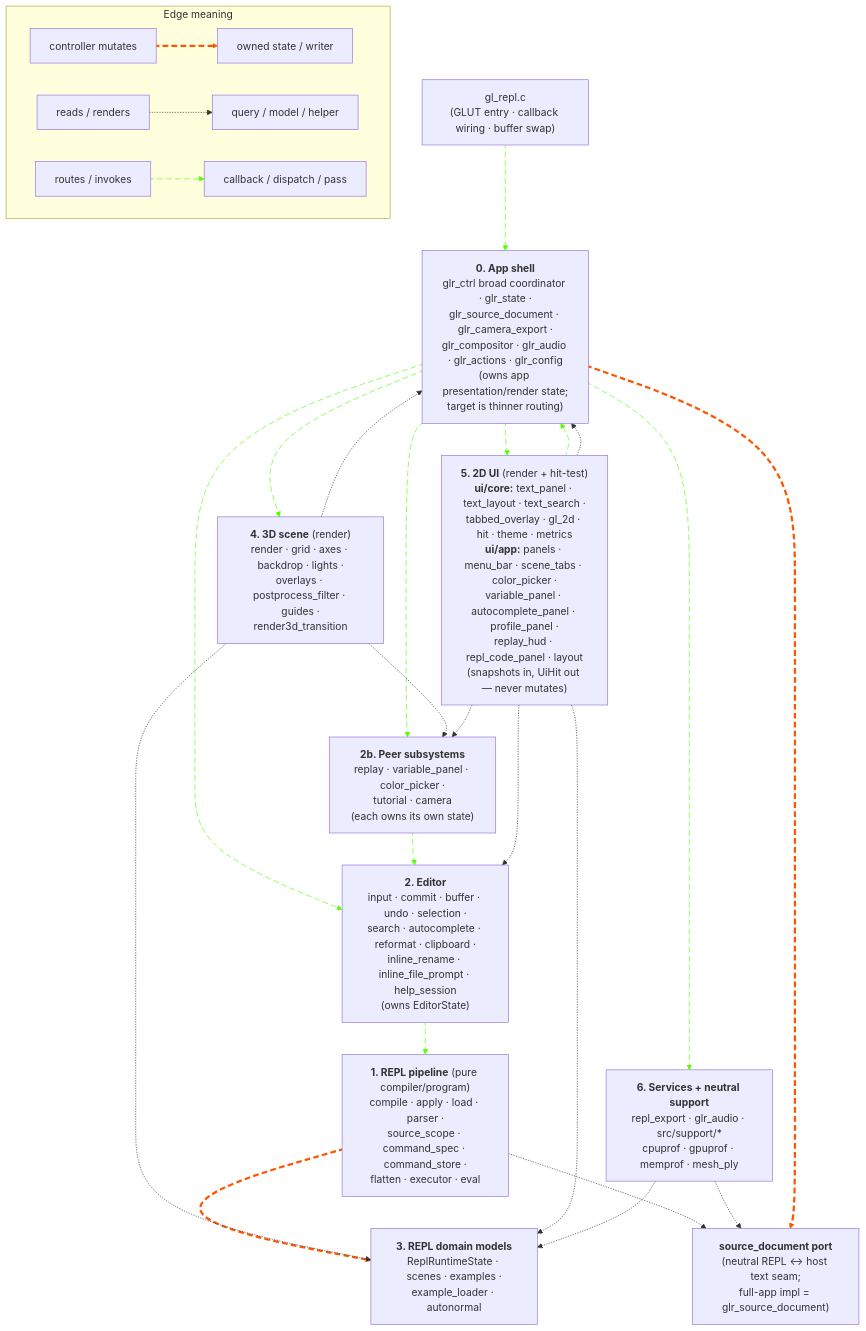
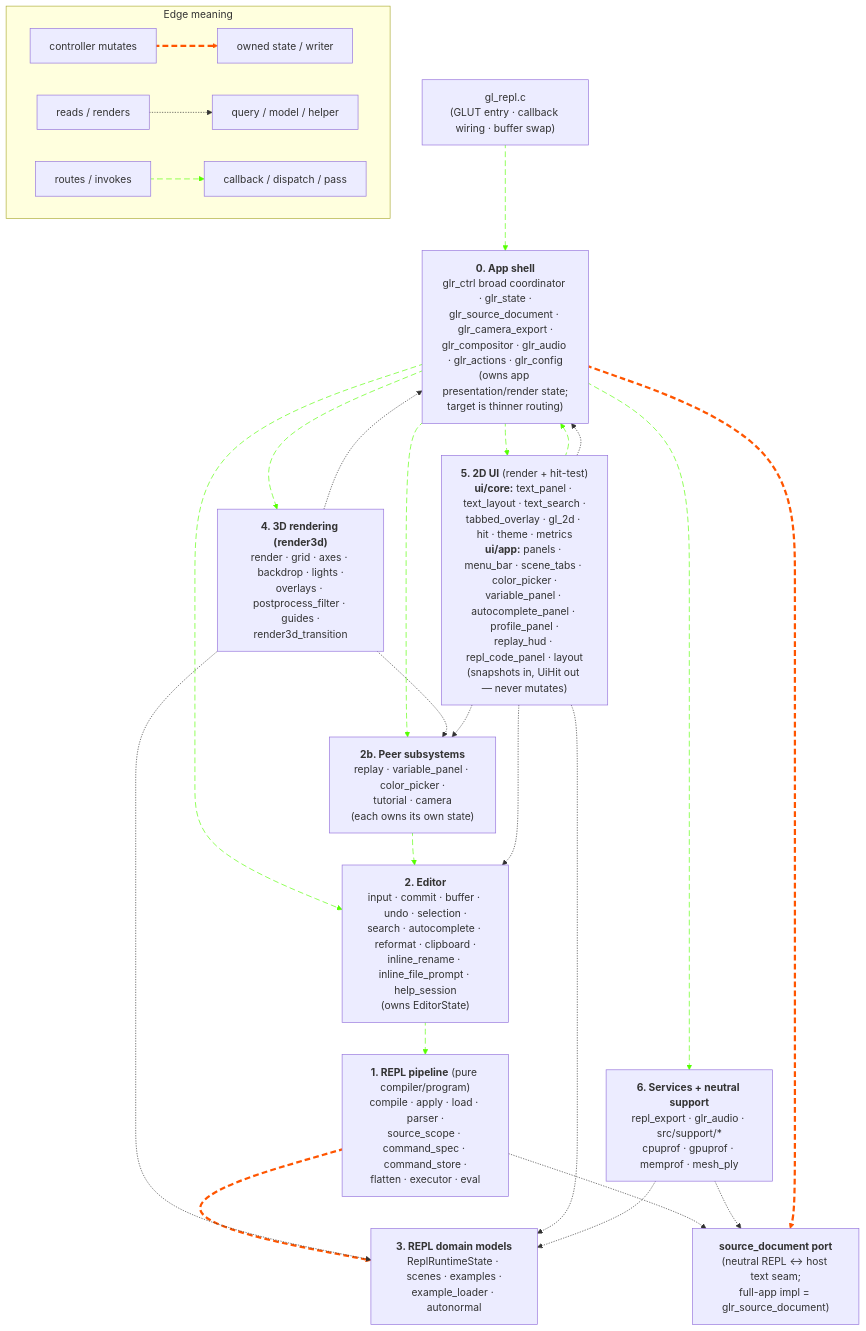
Before and after one commit to drewwoods/gl-repl: the first of 2 diagrams in docs/MODULES.md, drawn with Mermaid. The commit also changed other lines of this file and 8 other files, not shown here.

Commit message:
docs: Clean up stale scene references in architecture, modules, and profile docs

````diff
--- a/docs/MODULES.md
+++ b/docs/MODULES.md
@@ -626,79 +626,79 @@
 ```mermaid
 flowchart TB
     subgraph legend["Edge meaning"]
         lmut_a["controller mutates"] e1@==> lmut_b["owned state / writer"]
         lread_a["reads / renders"] -.-> lread_b["query / model / helper"]
         lflow_a["routes / invokes"] i1@--> lflow_b["callback / dispatch / pass"]
     end
 
     gl_repl["gl_repl.c<br/>(GLUT entry · callback wiring · buffer swap)"]
 
     app["<b>0. App shell</b><br/>glr_ctrl broad coordinator · glr_state ·<br/>glr_source_document · glr_camera_export ·<br/>glr_compositor · glr_audio · glr_actions · glr_config<br/>(owns app presentation/render state;<br/>target is thinner routing)"]
 
     editor["<b>2. Editor</b><br/>input · commit · buffer · undo · selection ·<br/>search · autocomplete · reformat · clipboard ·<br/>inline_rename · inline_file_prompt · help_session<br/>(owns EditorState)"]
 
     peers["<b>2b. Peer subsystems</b><br/>replay · variable_panel · color_picker ·<br/>tutorial · camera<br/>(each owns its own state)"]
 
     repl["<b>1. REPL pipeline</b> (pure compiler/program)<br/>compile · apply · load · parser ·<br/>source_scope · command_spec · command_store ·<br/>flatten · executor · eval"]
 
     models["<b>3. REPL domain models</b><br/>ReplRuntimeState · scenes · examples ·<br/>example_loader · autonormal"]
 
     srcdoc["<b>source_document port</b><br/>(neutral REPL ↔ host text seam;<br/>full-app impl = glr_source_document)"]
 
     ui["<b>5. 2D UI</b> (render + hit-test)<br/><b>ui/core:</b> text_panel · text_layout · text_search ·<br/>tabbed_overlay · gl_2d · hit · theme · metrics<br/><b>ui/app:</b> panels · menu_bar · scene_tabs · color_picker ·<br/>variable_panel · autocomplete_panel · profile_panel ·<br/>replay_hud · repl_code_panel · layout<br/>(snapshots in, UiHit out — never mutates)"]
 
-    scene["<b>4. 3D scene</b> (render)<br/>render · grid · axes · backdrop · lights ·<br/>overlays · postprocess_filter · guides ·<br/>render3d_transition"]
+    render3d["<b>4. 3D rendering (render3d)</b><br/>render · grid · axes · backdrop · lights ·<br/>overlays · postprocess_filter · guides ·<br/>render3d_transition"]
 
     services["<b>6. Services + neutral support</b><br/>repl_export · glr_audio · src/support/*<br/>cpuprof · gpuprof · memprof · mesh_ply"]
 
     %% Raw input flow: gl_repl.c hands GLUT events to the app shell. UI
     %% hit-tests are passive — they compute a UiHit and hand it back to
     %% the controller for dispatch.
     gl_repl i2@--> app
     ui i3@--> app
 
     %% App shell routes raw input to the owning subsystem, drives the
     %% frame, and calls UI/render3d/services.
     app i4@--> editor
     app i5@--> peers
-    app i6@--> scene
+    app i6@--> render3d
     app i7@--> ui
     app i8@--> services
 
     %% Editor commit is the only path crossing INTO the REPL pipeline.
     %% REPL apply / command_store mutates the program model.
     editor i9@--> repl
     repl e2@==> models
 
     %% Peers write back through the editor (color_picker rewrites a
     %% source line via editor_commit_apply_external_change; the
     %% variable_panel drag rewrites a numeric token the same way).
     peers i10@--> editor
 
     %% Source-document port: REPL pipeline reads/writes source text
     %% through the neutral port, and services read source through it
     %% too. The full-app adapter (app layer) delegates writes to the
     %% editor buffer — editor stays the single underlying writer.
     repl -.-> srcdoc
     services -.-> srcdoc
     app e3@==> srcdoc
 
-    %% Render is read-only: scene and UI consume snapshots of program /
+    %% Render is read-only: render3d and UI consume snapshots of program /
     %% editor / peer / app state. They never mutate.
-    scene -.-> models
-    scene -.-> peers
-    scene -.-> app
+    render3d -.-> models
+    render3d -.-> peers
+    render3d -.-> app
     ui -.-> editor
     ui -.-> models
     ui -.-> peers
     ui -.-> app
 
     %% Services read program and editor state to persist/replay.
     services -.-> models
 
     classDef animateE stroke:#f50,stroke-dasharray: 9\,5,stroke-dashoffset: 900,animation: dash 90s linear infinite;
     classDef animateF stroke:#5f0,stroke-dasharray: 9\,5,stroke-dashoffset: 900,animation: dash 90s linear infinite;
 
     class e1,e2,e3 animateE
     class i1,i2,i3,i4,i5,i6,i7,i8,i9,i10 animateF
 ```
````
